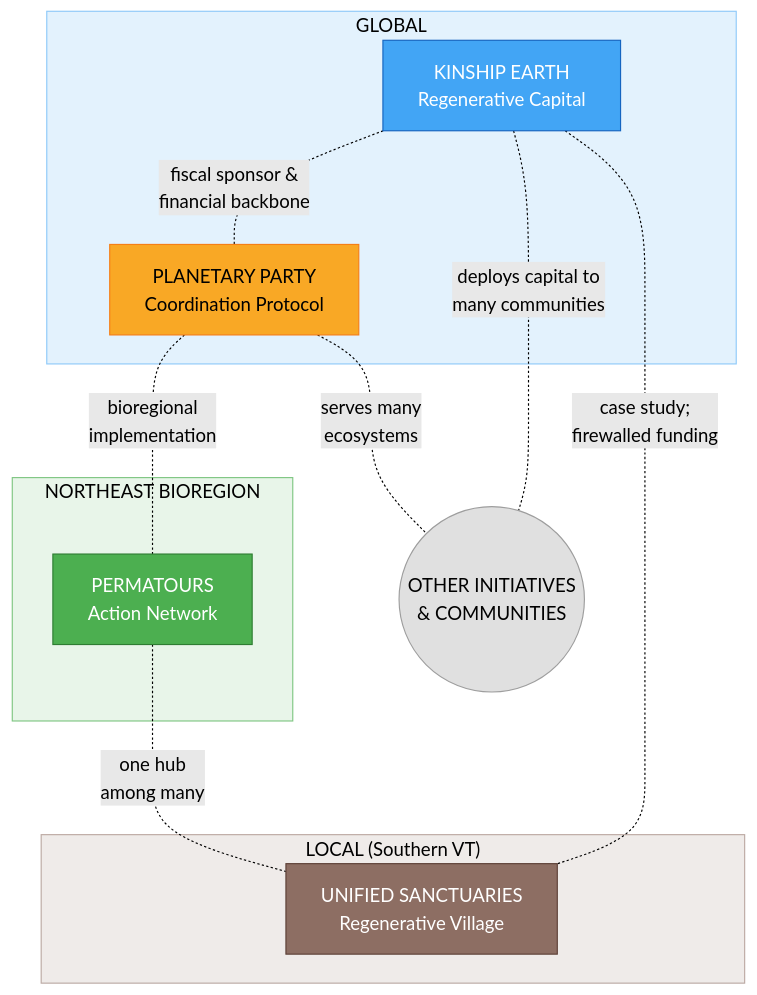
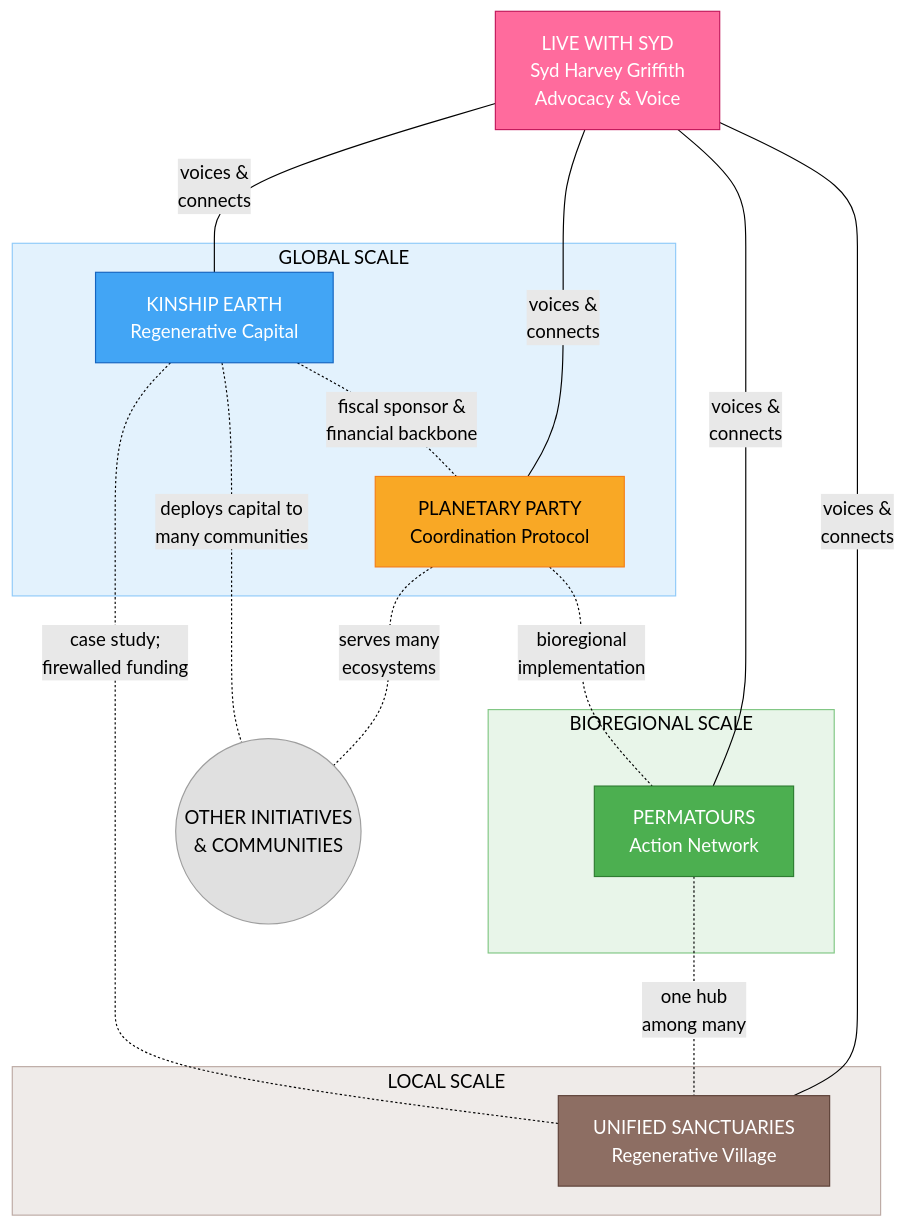
One commit to Light-Brands/sydney changed the diagram in README.md. Above: the diagram before and after it, drawn with Mermaid (forest theme). The commit also changed other lines of this file and 1 other file, not shown here.

First line of the commit message:
Position Live with Syd as central advocacy platform and ecosystem glue

````diff
--- a/README.md
+++ b/README.md
@@ -31,32 +37,40 @@
 ```mermaid
 graph TD
-    subgraph GLOBAL["GLOBAL"]
-        PP["PLANETARY PARTY\nCoordination Protocol"]
-        KE["KINSHIP EARTH\nRegenerative Capital"]
+    SYD["LIVE WITH SYD<br/>Syd Harvey Griffith<br/>Advocacy & Voice"]
+
+    subgraph GLOBAL["GLOBAL SCALE"]
+        PP["PLANETARY PARTY<br/>Coordination Protocol"]
+        KE["KINSHIP EARTH<br/>Regenerative Capital"]
     end
 
-    subgraph BIOREGIONAL["NORTHEAST BIOREGION"]
-        PT["PERMATOURS\nAction Network"]
+    subgraph BIOREGIONAL["BIOREGIONAL SCALE"]
+        PT["PERMATOURS<br/>Action Network"]
     end
 
-    subgraph LOCAL["LOCAL (Southern VT)"]
-        US["UNIFIED SANCTUARIES\nRegenerative Village"]
+    subgraph LOCAL["LOCAL SCALE"]
+        US["UNIFIED SANCTUARIES<br/>Regenerative Village"]
     end
 
-    KE -.-|"fiscal sponsor &\nfinancial backbone"| PP
-    PP -.-|"bioregional\nimplementation"| PT
-    PT -.-|"one hub\namong many"| US
-    KE -.-|"case study;\nfirewalled funding"| US
+    SYD ---|"voices &<br/>connects"| KE
+    SYD ---|"voices &<br/>connects"| PP
+    SYD ---|"voices &<br/>connects"| PT
+    SYD ---|"voices &<br/>connects"| US
 
-    PP -.-|"serves many\necosystems"| EXT(("OTHER INITIATIVES\n& COMMUNITIES"))
-    KE -.-|"deploys capital to\nmany communities"| EXT
+    KE -.-|"fiscal sponsor &<br/>financial backbone"| PP
+    PP -.-|"bioregional<br/>implementation"| PT
+    PT -.-|"one hub<br/>among many"| US
+    KE -.-|"case study;<br/>firewalled funding"| US
 
+    PP -.-|"serves many<br/>ecosystems"| EXT(("OTHER INITIATIVES<br/>& COMMUNITIES"))
+    KE -.-|"deploys capital to<br/>many communities"| EXT
+
+    style SYD fill:#FF6B9D,stroke:#C2185B,color:#fff
     style GLOBAL fill:#E3F2FD,stroke:#90CAF9,color:#000
     style BIOREGIONAL fill:#E8F5E9,stroke:#81C784,color:#000
     style LOCAL fill:#EFEBE9,stroke:#BCAAA4,color:#000
     style PP fill:#F9A825,stroke:#F57F17,color:#000
     style PT fill:#4CAF50,stroke:#2E7D32,color:#fff
     style US fill:#8D6E63,stroke:#5D4037,color:#fff
     style KE fill:#42A5F5,stroke:#1565C0,color:#fff
     style EXT fill:#E0E0E0,stroke:#9E9E9E,color:#000
 ```
````
